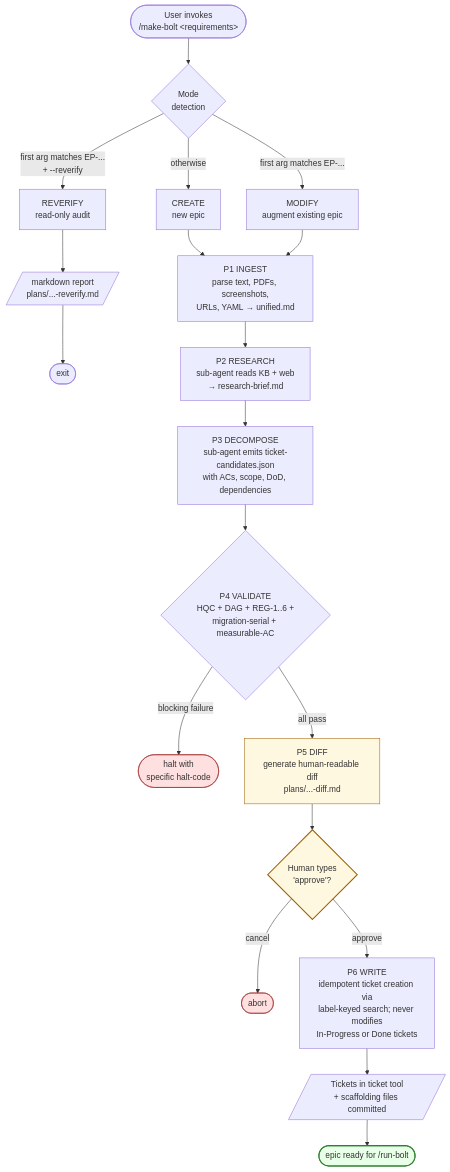
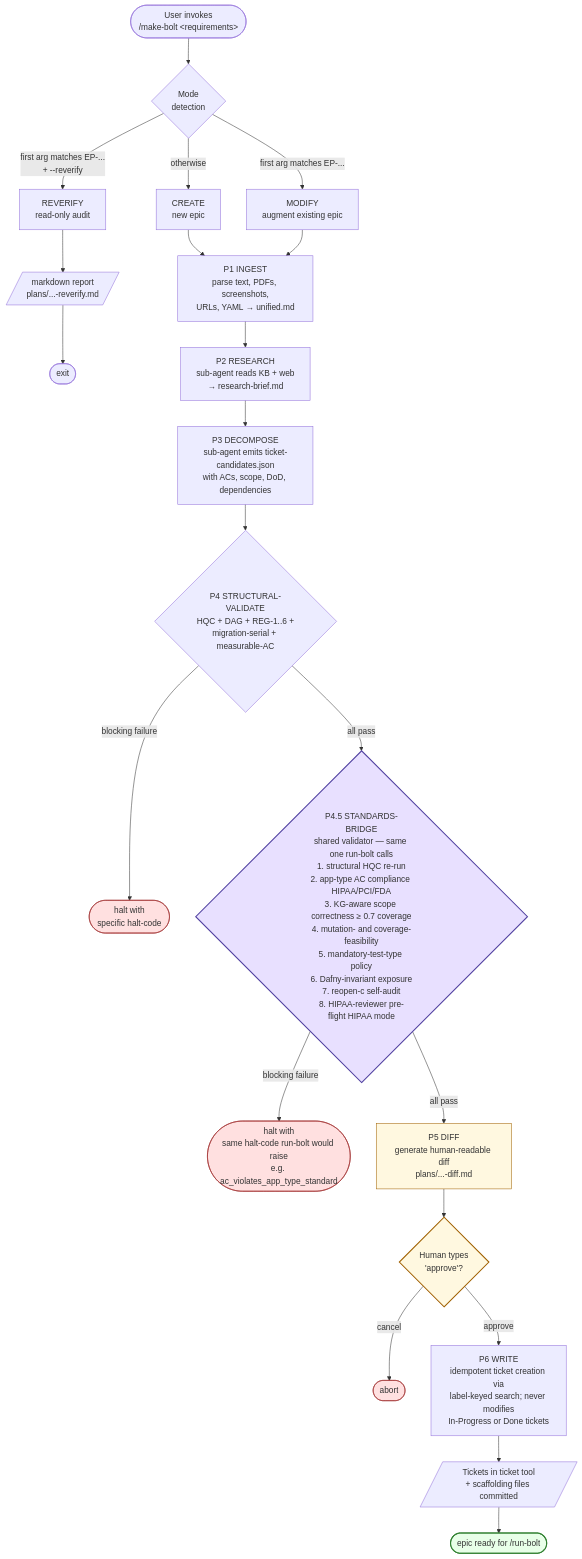
One commit to lhyman1701/bolts-package changed the second of 3 diagrams in README.md. Above: the diagram before and after it, drawn with Mermaid. The commit also changed other lines of this file and 2 other files, not shown here.

````diff
--- a/README.md
+++ b/README.md
@@ -74,36 +75,43 @@
 ```mermaid
 flowchart TD
     Start([User invokes<br/>/make-bolt &lt;requirements&gt;]) --> Mode{Mode<br/>detection}
 
     Mode -->|first arg matches EP-...<br/>+ --reverify| RV[REVERIFY<br/>read-only audit]
     Mode -->|first arg matches EP-...| Mod[MODIFY<br/>augment existing epic]
     Mode -->|otherwise| Cre[CREATE<br/>new epic]
 
     RV --> RVOut[/markdown report<br/>plans/...-reverify.md/]
     RVOut --> RVDone([exit])
 
     Cre --> P1
     Mod --> P1
 
     P1[P1 INGEST<br/>parse text, PDFs, screenshots,<br/>URLs, YAML → unified.md] --> P2
     P2[P2 RESEARCH<br/>sub-agent reads KB + web<br/>→ research-brief.md] --> P3
     P3[P3 DECOMPOSE<br/>sub-agent emits ticket-candidates.json<br/>with ACs, scope, DoD, dependencies] --> P4
-    P4{P4 VALIDATE<br/>HQC + DAG + REG-1..6 +<br/>migration-serial + measurable-AC}
+    P4{P4 STRUCTURAL-VALIDATE<br/>HQC + DAG + REG-1..6 +<br/>migration-serial + measurable-AC}
 
     P4 -->|blocking failure| Halt([halt with<br/>specific halt-code])
-    P4 -->|all pass| P5
+    P4 -->|all pass| P45
+
+    P45{P4.5 STANDARDS-BRIDGE<br/>shared validator — same one run-bolt calls<br/>1. structural HQC re-run<br/>2. app-type AC compliance HIPAA/PCI/FDA<br/>3. KG-aware scope correctness ≥ 0.7 coverage<br/>4. mutation- and coverage-feasibility<br/>5. mandatory-test-type policy<br/>6. Dafny-invariant exposure<br/>7. reopen-c self-audit<br/>8. HIPAA-reviewer pre-flight HIPAA mode}
+
+    P45 -->|blocking failure| HaltSB([halt with<br/>same halt-code run-bolt would raise<br/>e.g. ac_violates_app_type_standard])
+    P45 -->|all pass| P5
 
     P5[P5 DIFF<br/>generate human-readable diff<br/>plans/...-diff.md] --> Approve{Human types<br/>'approve'?}
 
     Approve -->|cancel| Cancel([abort])
     Approve -->|approve| P6
 
     P6[P6 WRITE<br/>idempotent ticket creation via<br/>label-keyed search; never modifies<br/>In-Progress or Done tickets] --> Out[/Tickets in ticket tool<br/>+ scaffolding files committed/]
     Out --> Done([epic ready for /run-bolt])
 
+    style P45 fill:#e8e0ff,stroke:#5040a0,stroke-width:2px
     style P5 fill:#fff8e0,stroke:#a06000
     style Approve fill:#fff8e0,stroke:#a06000,stroke-width:2px
     style Halt fill:#ffe0e0,stroke:#a03030
+    style HaltSB fill:#ffe0e0,stroke:#a03030
     style Cancel fill:#ffe0e0,stroke:#a03030
     style Done fill:#e8ffe8,stroke:#308030,stroke-width:2px
 ```
````
